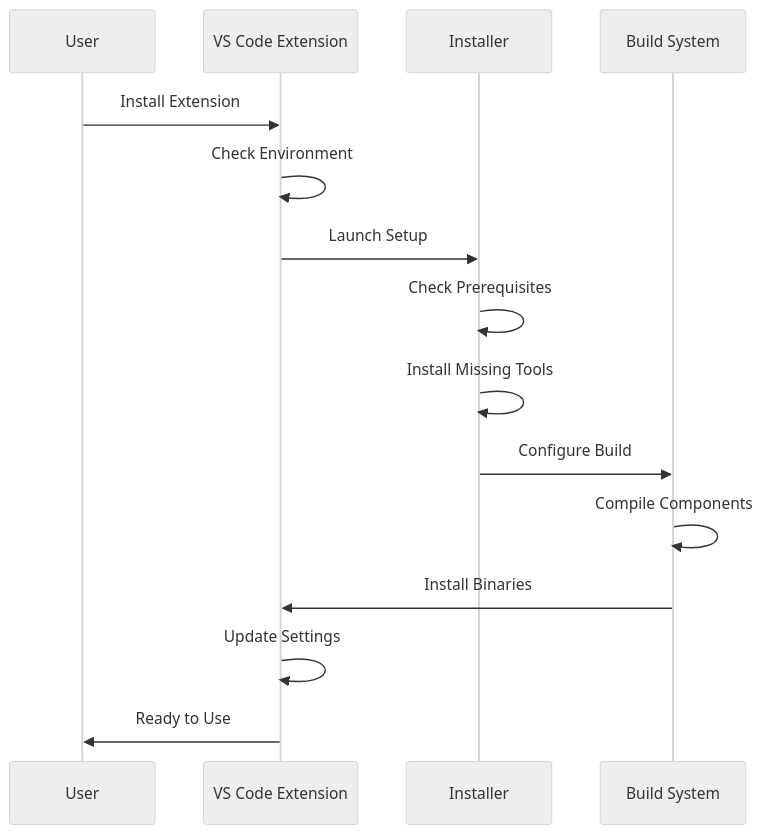
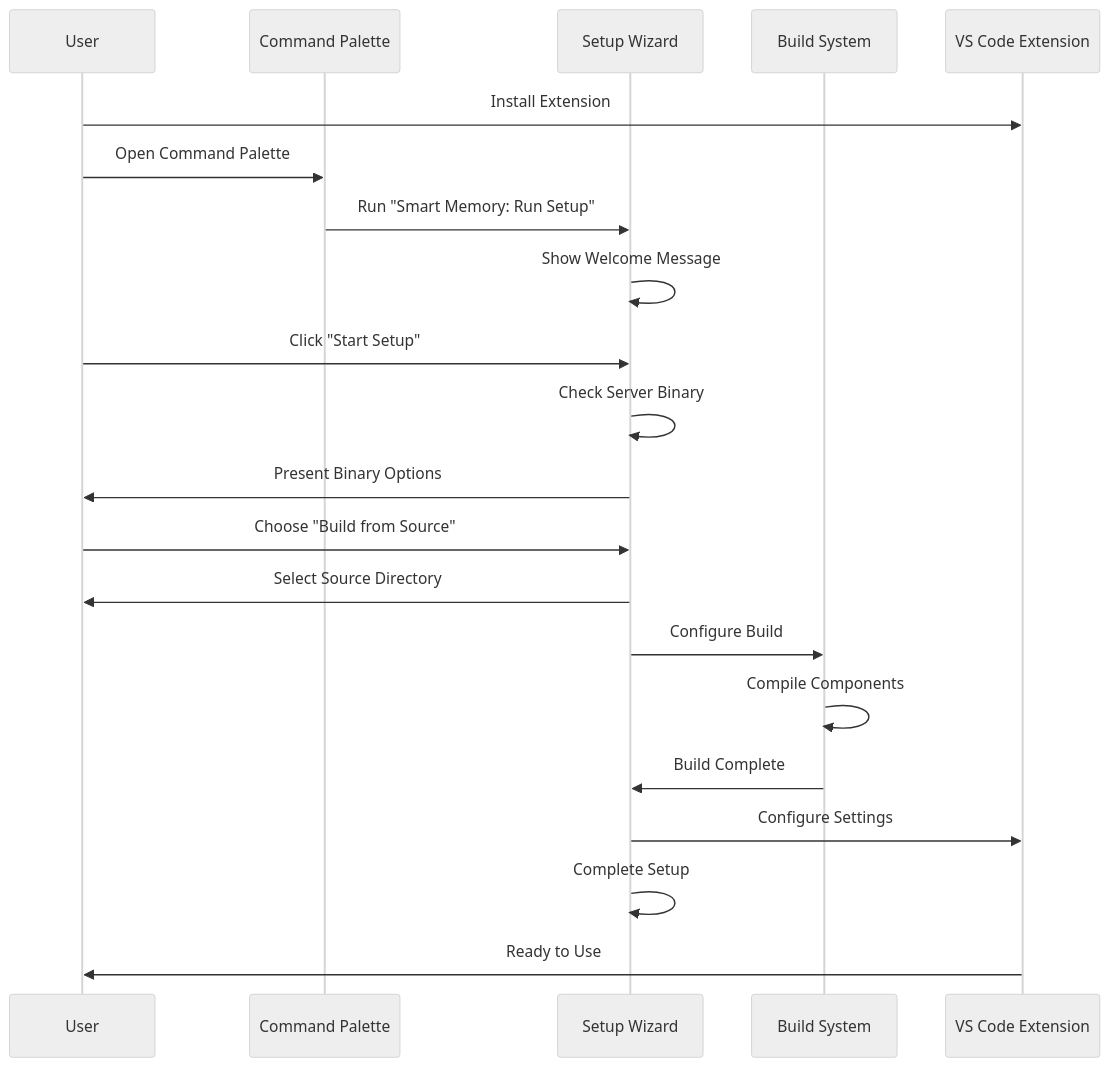
One commit to shipdocs/smart-memory-mcp-v2 changed the second of 2 diagrams in docs/architecture/component-based-deployment.md. Above: the diagram before and after it, drawn with Mermaid (neutral theme). The commit also changed other lines of this file and 5 other files, not shown here.

First line of the commit message:
I've fixed the server detection issue in the Smart Memory MCP extension, but you're right to question whether we're still using mock data. After examining the code more carefully, I can confirm that we are indeed still using mock data.

````diff
--- a/docs/architecture/component-based-deployment.md
+++ b/docs/architecture/component-based-deployment.md
@@ -34,18 +34,24 @@
 ```mermaid
 sequenceDiagram
     participant U as User
+    participant P as Command Palette
+    participant W as Setup Wizard
+    participant B as Build System
     participant E as VS Code Extension
-    participant I as Installer
-    participant B as Build System
     
     U->>E: Install Extension
-    E->>E: Check Environment
-    E->>I: Launch Setup
-    I->>I: Check Prerequisites
-    I->>I: Install Missing Tools
-    I->>B: Configure Build
+    U->>P: Open Command Palette
+    P->>W: Run "Smart Memory: Run Setup"
+    W->>W: Show Welcome Message
+    U->>W: Click "Start Setup"
+    W->>W: Check Server Binary
+    W->>U: Present Binary Options
+    U->>W: Choose "Build from Source"
+    W->>U: Select Source Directory
+    W->>B: Configure Build
     B->>B: Compile Components
-    B->>E: Install Binaries
-    E->>E: Update Settings
+    B->>W: Build Complete
+    W->>E: Configure Settings
+    W->>W: Complete Setup
     E->>U: Ready to Use
 ```
````
